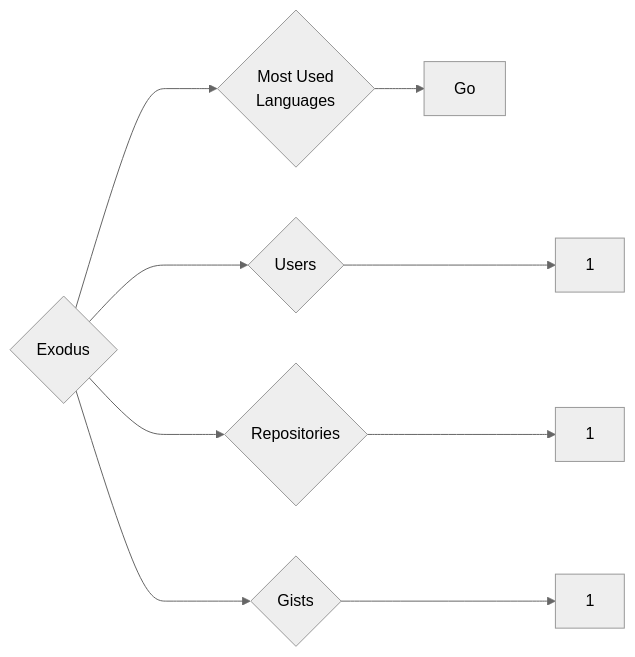
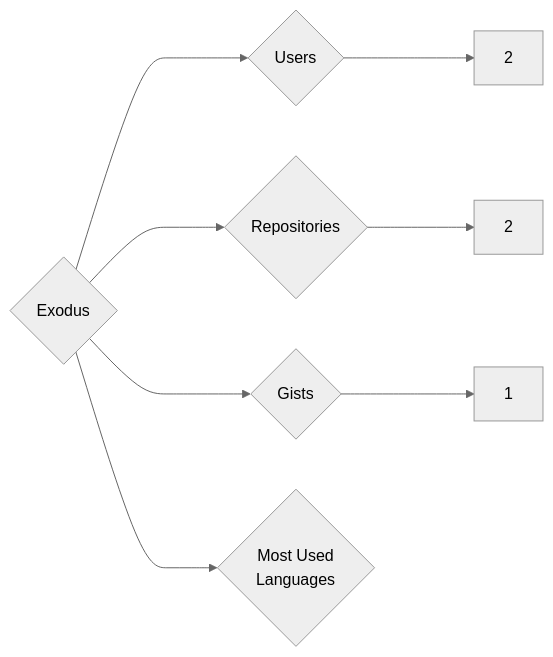
The diagram in targets/Exodus/README.md (trickest/insiders), drawn with Mermaid (neutral theme) before and after one commit. The commit also changed 1089 other files, not shown here.

````diff
--- a/targets/Exodus/README.md
+++ b/targets/Exodus/README.md
@@ -3,9 +3,8 @@
 ```mermaid
 graph LR
 COMPANY_NAME{Exodus}
-COMPANY_NAME ---> U{Users} ---> UN[1]
-COMPANY_NAME ---> R{Repositories} ---> RN[1]
+COMPANY_NAME ---> U{Users} ---> UN[2]
+COMPANY_NAME ---> R{Repositories} ---> RN[2]
 COMPANY_NAME ---> G{Gists} ---> GN[1]
 COMPANY_NAME ---> ML{Most Used<br>Languages}
-ML --> Go[Go]
 ```
````
